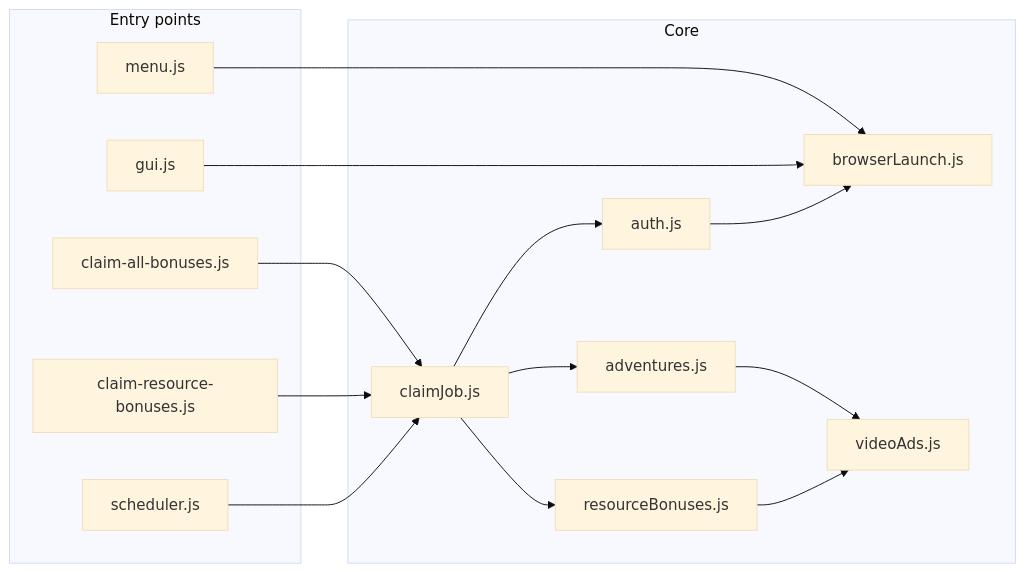
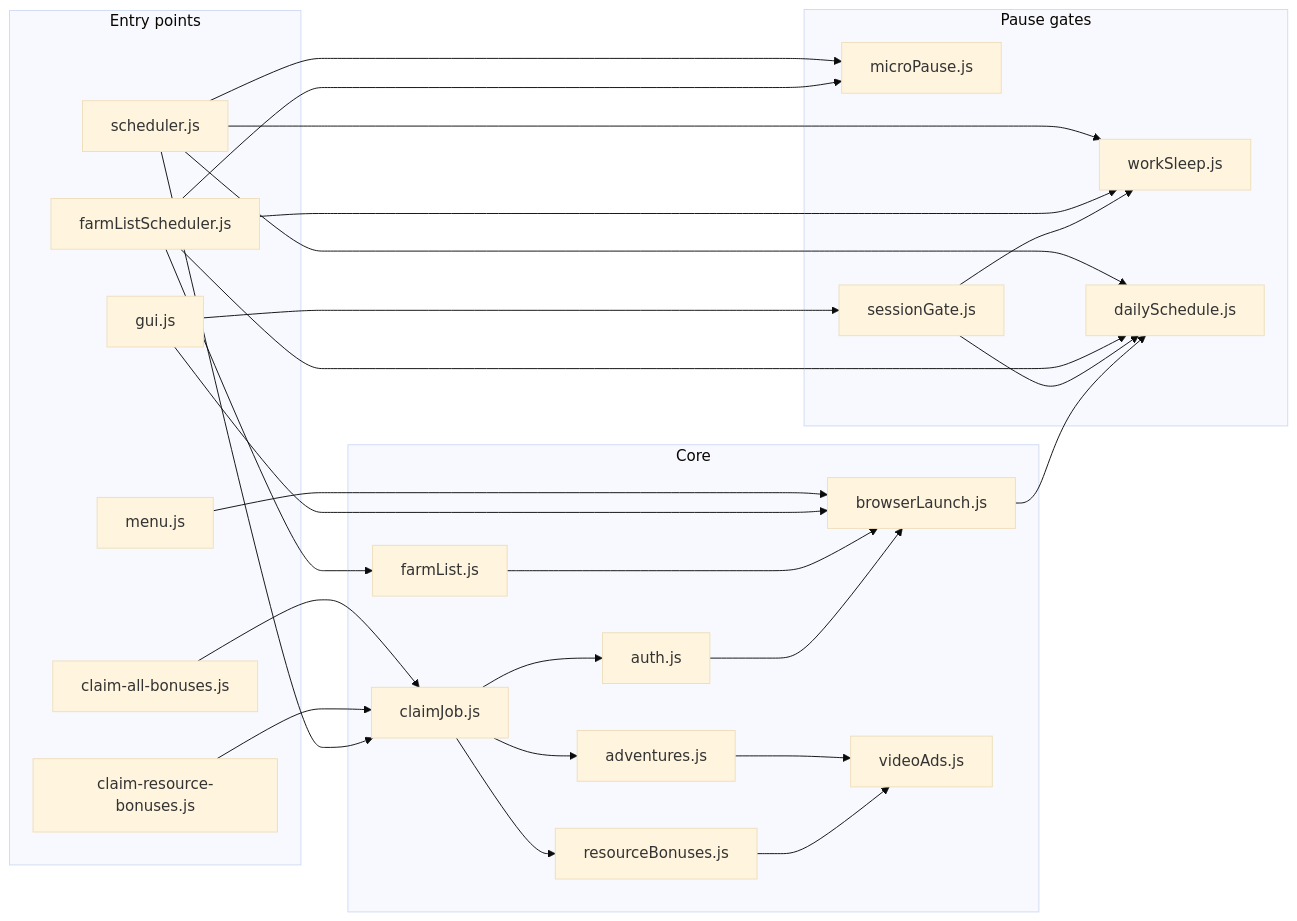
One commit to surgeon13/t.bot changed the diagram in docs/architecture.md. Above: the diagram before and after it, drawn with Mermaid (base theme). The commit also changed other lines of this file and 9 other files, not shown here.

First line of the commit message:
Release v0.9.5: work/sleep, daily schedule, proxy per hour.

````diff
--- a/docs/architecture.md
+++ b/docs/architecture.md
@@ -5,33 +5,56 @@
 ```mermaid
 flowchart LR
   subgraph entry [Entry points]
     menu[menu.js]
     gui[gui.js]
     bonuses[claim-all-bonuses.js]
     resources[claim-resource-bonuses.js]
     sched[scheduler.js]
+    farmSched[farmListScheduler.js]
+  end
+
+  subgraph gates [Pause gates]
+    ws[workSleep.js]
+    ds[dailySchedule.js]
+    mp[microPause.js]
+    sg[sessionGate.js]
   end
 
   subgraph core [Core]
     auth[auth.js]
     launch[browserLaunch.js]
     video[videoAds.js]
     adv[adventures.js]
     res[resourceBonuses.js]
     job[claimJob.js]
+    farm[farmList.js]
   end
 
   menu --> launch
   gui --> launch
   bonuses --> job
   resources --> job
   sched --> job
+  farmSched --> farm
+
+  sched --> ws
+  sched --> ds
+  sched --> mp
+  farmSched --> ws
+  farmSched --> ds
+  farmSched --> mp
+
+  sg --> ws
+  sg --> ds
+  gui --> sg
 
   job --> auth
   job --> adv
   job --> res
+  farm --> launch
 
   adv --> video
   res --> video
   auth --> launch
+  launch --> ds
 ```
````
